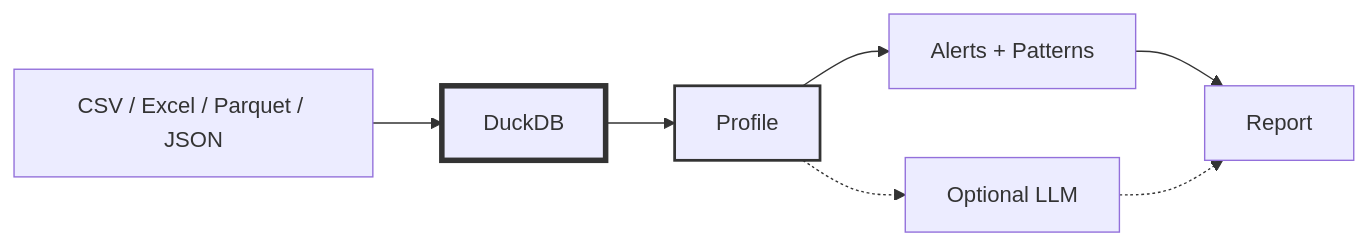
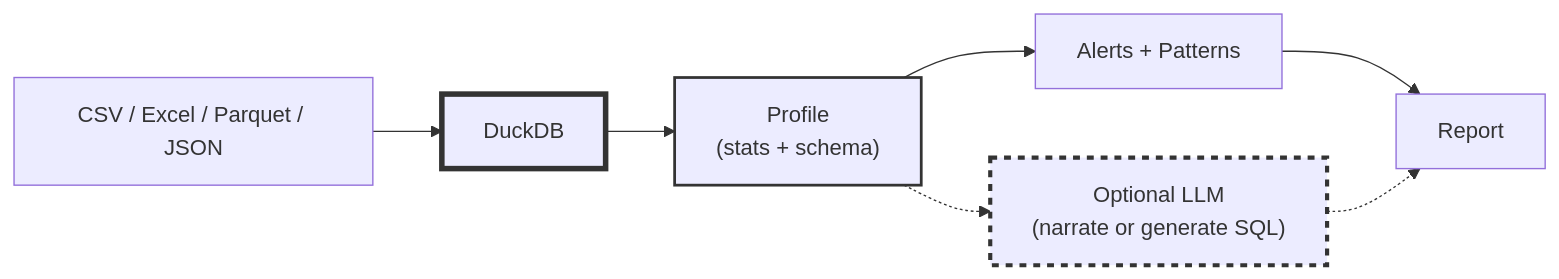
Before and after one commit to Shaddix/mostlylucidweb: the first of 2 diagrams in Mostlylucid/Markdown/datasummarizer-how-it-works.md, drawn with Mermaid. The commit also changed other lines of this file and 24 other files, not shown here.

````diff
--- a/Mostlylucid/Markdown/datasummarizer-how-it-works.md
+++ b/Mostlylucid/Markdown/datasummarizer-how-it-works.md
@@ -35,12 +53,14 @@
 ```mermaid
 flowchart LR
     F[CSV / Excel / Parquet / JSON] --> D[DuckDB]
-    D --> P[Profile]
+    D --> P["Profile<br/>(stats + schema)"]
     P --> A[Alerts + Patterns]
     A --> R[Report]
-    P -.-> L[Optional LLM]
+
+    P -.-> L["Optional LLM<br/>(narrate or generate SQL)"]
     L -.-> R
-    
+
     style D stroke:#333,stroke-width:4px
     style P stroke:#333,stroke-width:2px
+    style L stroke:#333,stroke-width:3px,stroke-dasharray: 5 5
 ```
````
